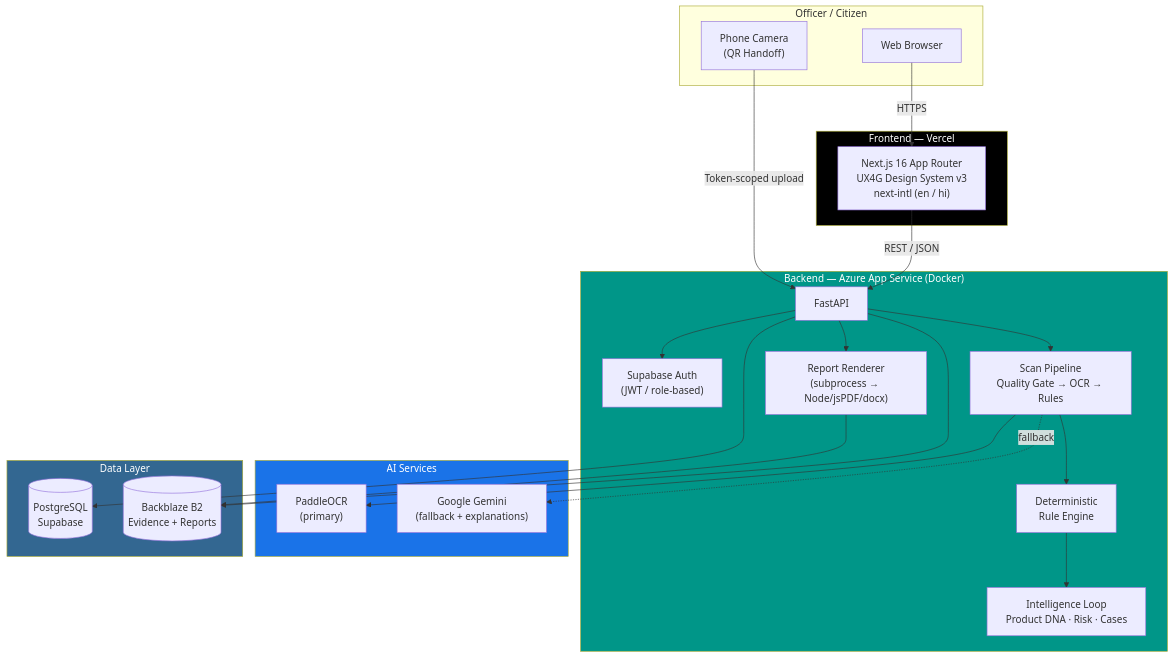
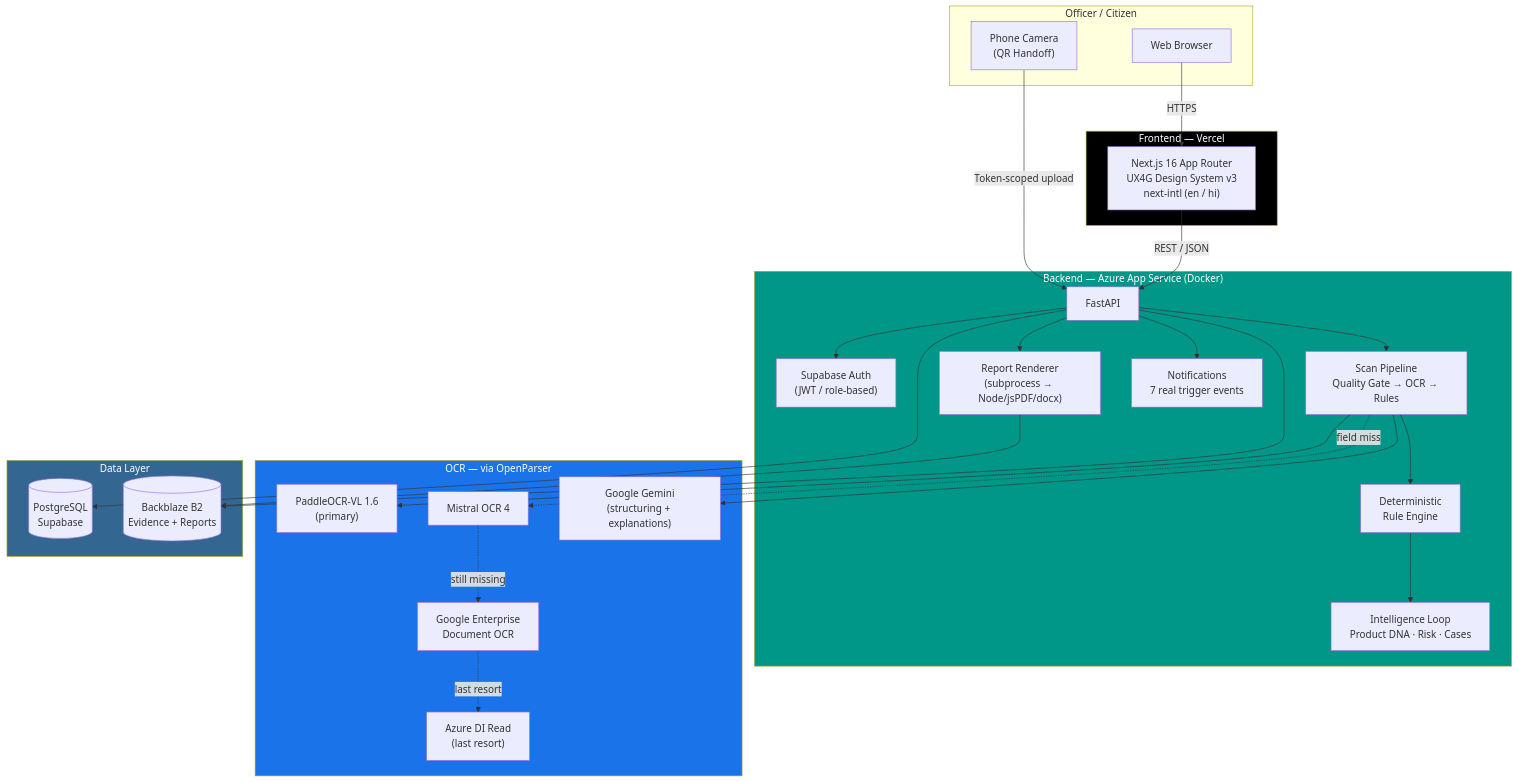
One commit to iadityachourasia/DigiPramaan changed the diagram in README.md. Above: the diagram before and after it, drawn with Mermaid. The commit also changed other lines of this file, not shown here.

First line of the commit message:
Refresh README with current OCR architecture, features, and deploy flow

````diff
--- a/README.md
+++ b/README.md
@@ -117,49 +138,57 @@
 ```mermaid
 graph TB
     subgraph Client["Officer / Citizen"]
         Browser["Web Browser"]
         Phone["Phone Camera<br/>(QR Handoff)"]
     end
 
     subgraph Frontend["Frontend — Vercel"]
         NextJS["Next.js 16 App Router<br/>UX4G Design System v3<br/>next-intl (en / hi)"]
     end
 
     subgraph Backend["Backend — Azure App Service (Docker)"]
         API["FastAPI"]
         Auth["Supabase Auth<br/>(JWT / role-based)"]
         Pipeline["Scan Pipeline<br/>Quality Gate → OCR → Rules"]
         Rules["Deterministic<br/>Rule Engine"]
         Reports["Report Renderer<br/>(subprocess → Node/jsPDF/docx)"]
         Intel["Intelligence Loop<br/>Product DNA · Risk · Cases"]
+        Notify["Notifications<br/>7 real trigger events"]
     end
 
-    subgraph AI["AI Services"]
-        Paddle["PaddleOCR<br/>(primary)"]
-        Gemini["Google Gemini<br/>(fallback + explanations)"]
+    subgraph AI["OCR — via OpenParser"]
+        Primary["PaddleOCR-VL 1.6<br/>(primary)"]
+        Tier1["Mistral OCR 4"]
+        Tier2["Google Enterprise<br/>Document OCR"]
+        Tier3["Azure DI Read<br/>(last resort)"]
+        Gemini["Google Gemini<br/>(structuring + explanations)"]
     end
 
     subgraph Data["Data Layer"]
         PG[("PostgreSQL<br/>Supabase")]
         B2[("Backblaze B2<br/>Evidence + Reports")]
     end
 
     Browser -->|HTTPS| NextJS
     Phone -->|Token-scoped upload| API
     NextJS -->|REST / JSON| API
     API --> Auth
     API --> Pipeline
-    Pipeline --> Paddle
-    Pipeline -.fallback.-> Gemini
+    Pipeline --> Primary
+    Pipeline -.field miss.-> Tier1
+    Tier1 -.still missing.-> Tier2
+    Tier2 -.last resort.-> Tier3
+    Pipeline --> Gemini
     Pipeline --> Rules
     Rules --> Intel
+    API --> Notify
     API --> Reports
     Reports --> B2
     API --> PG
     API --> B2
 
     style Frontend fill:#000,color:#fff
     style Backend fill:#009688,color:#fff
     style AI fill:#1a73e8,color:#fff
     style Data fill:#336791,color:#fff
 ```
````
